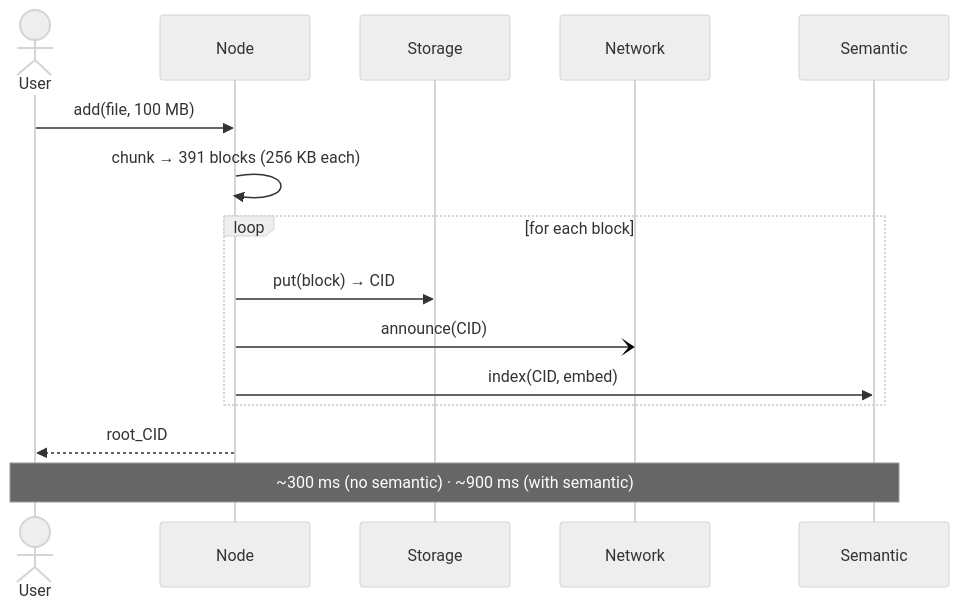
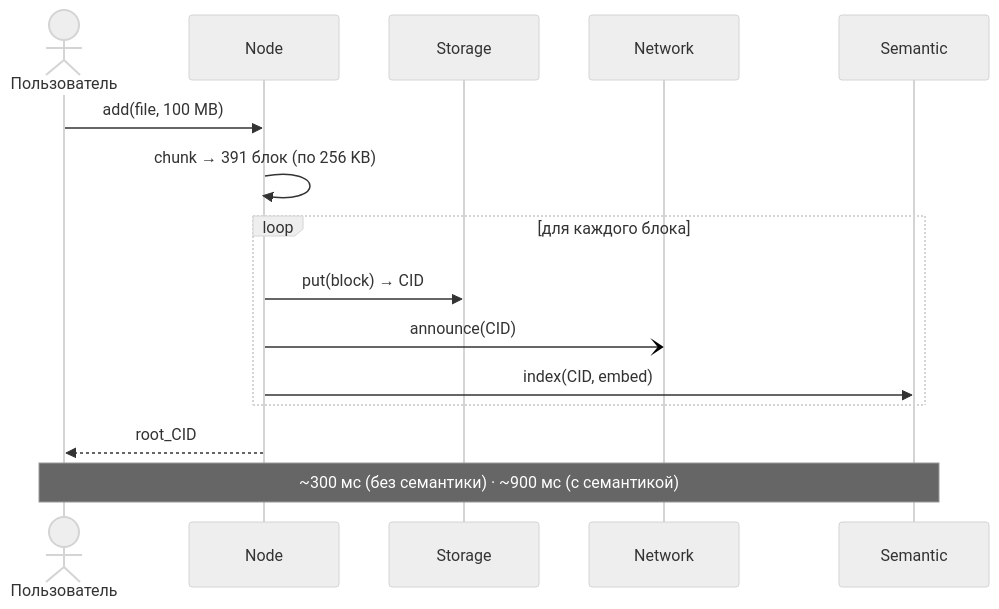
Before and after one commit to yunusovt983-art/ipfrs-ai: the third of 8 diagrams in README.md, drawn with Mermaid (neutral theme). The commit also changed other lines of this file, not shown here.

First line of the commit message:
docs: Translate README to Russian + add architecture docs table

````diff
--- a/README.md
+++ b/README.md
@@ -82,18 +82,18 @@
 ```mermaid
 sequenceDiagram
-    actor User
+    actor User as Пользователь
     participant Node
     participant Storage
     participant Network
     participant Semantic
 
     User->>Node: add(file, 100 MB)
-    Node->>Node: chunk → 391 blocks (256 KB each)
-    loop for each block
+    Node->>Node: chunk → 391 блок (по 256 KB)
+    loop для каждого блока
         Node->>Storage: put(block) → CID
         Node-)Network: announce(CID)
         Node->>Semantic: index(CID, embed)
     end
     Node-->>User: root_CID
-    Note over User,Semantic: ~300 ms (no semantic) · ~900 ms (with semantic)
+    Note over User,Semantic: ~300 мс (без семантики) · ~900 мс (с семантикой)
 ```
````
